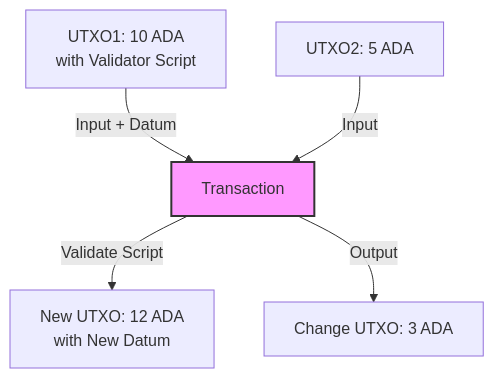
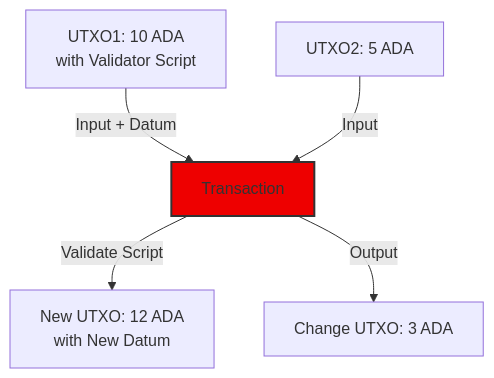
One commit to DersonProductions/Crypto-Things changed the third of 4 diagrams in Transaction Models.md. Above: the diagram before and after it, drawn with Mermaid. The commit also changed other lines of this file, not shown here.

Commit message:
changing mermaid doc fill color

````diff
--- a/Transaction Models.md
+++ b/Transaction Models.md
@@ -66,8 +66,8 @@
 ```mermaid
 graph TD
     A[UTXO1: 10 ADA<br>with Validator Script] -->|Input + Datum| B[Transaction]
     C[UTXO2: 5 ADA] -->|Input| B
     B -->|Validate Script| D[New UTXO: 12 ADA<br>with New Datum]
     B -->|Output| E[Change UTXO: 3 ADA]
-    style B fill:#f9f,stroke:#333,stroke-width:2px
+    style B fill:#e00,stroke:#333,stroke-width:2px
 ```
````
